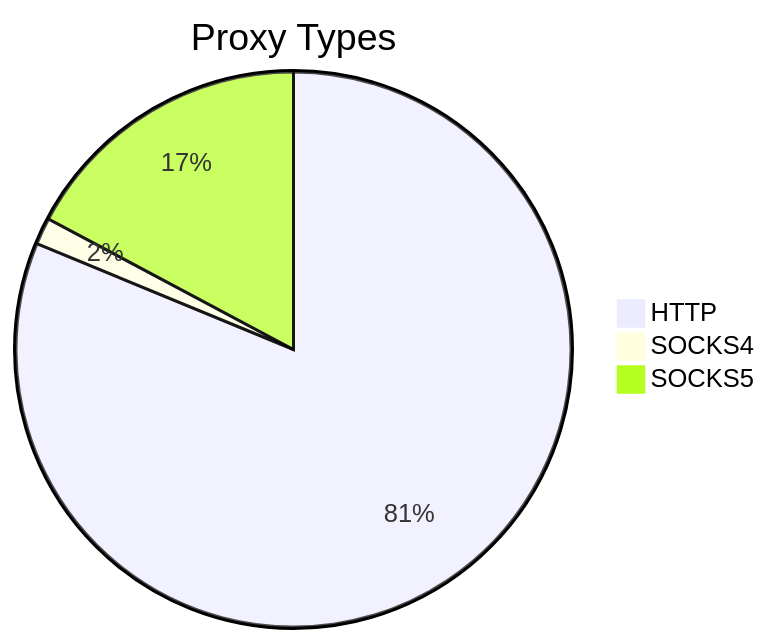
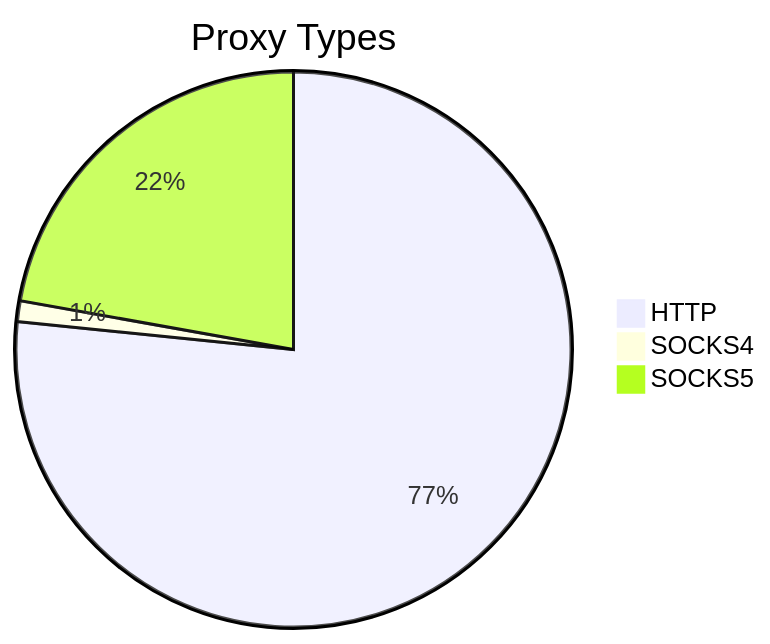
One commit to stormsia/proxy-list changed the first of 2 diagrams in README.md. Above: the diagram before and after it, drawn with Mermaid. The commit also changed other lines of this file, not shown here.

````diff
--- a/README.md
+++ b/README.md
@@ -21,6 +21,6 @@
 ```mermaid
 pie title Proxy Types
-    "HTTP" : 1147
-    "SOCKS4" : 22
-    "SOCKS5" : 243
+    "HTTP" : 1326
+    "SOCKS4" : 21
+    "SOCKS5" : 384
 ```
````
